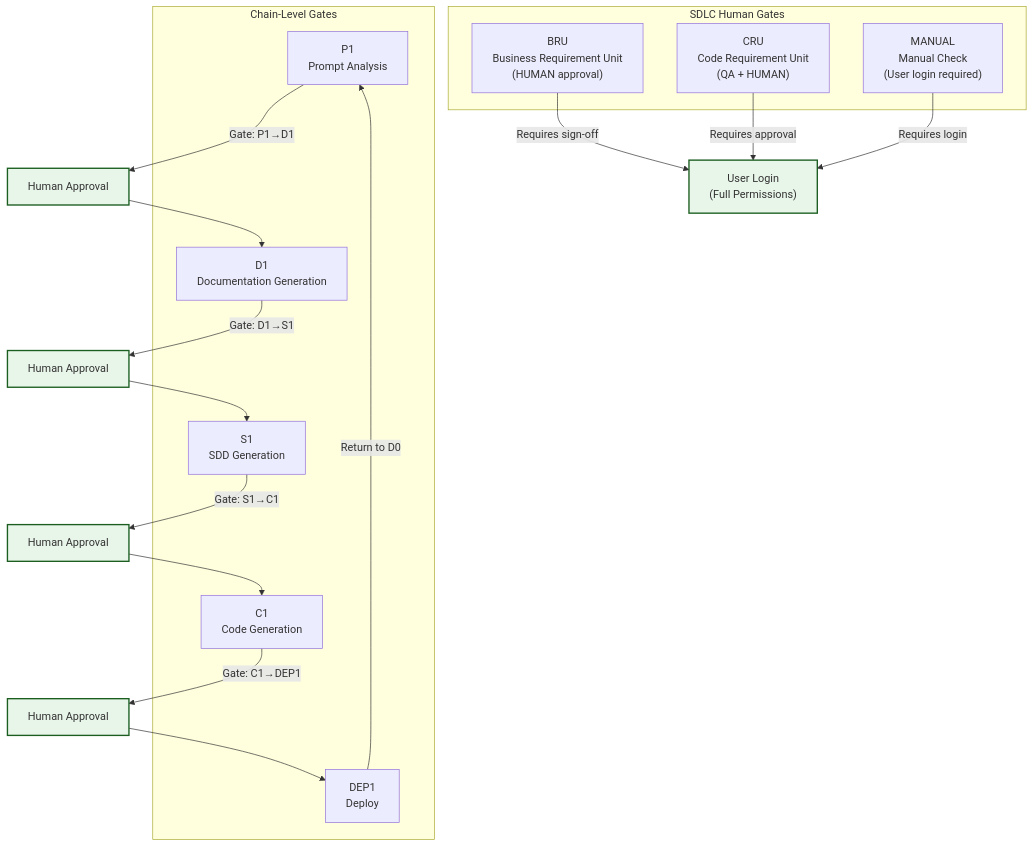
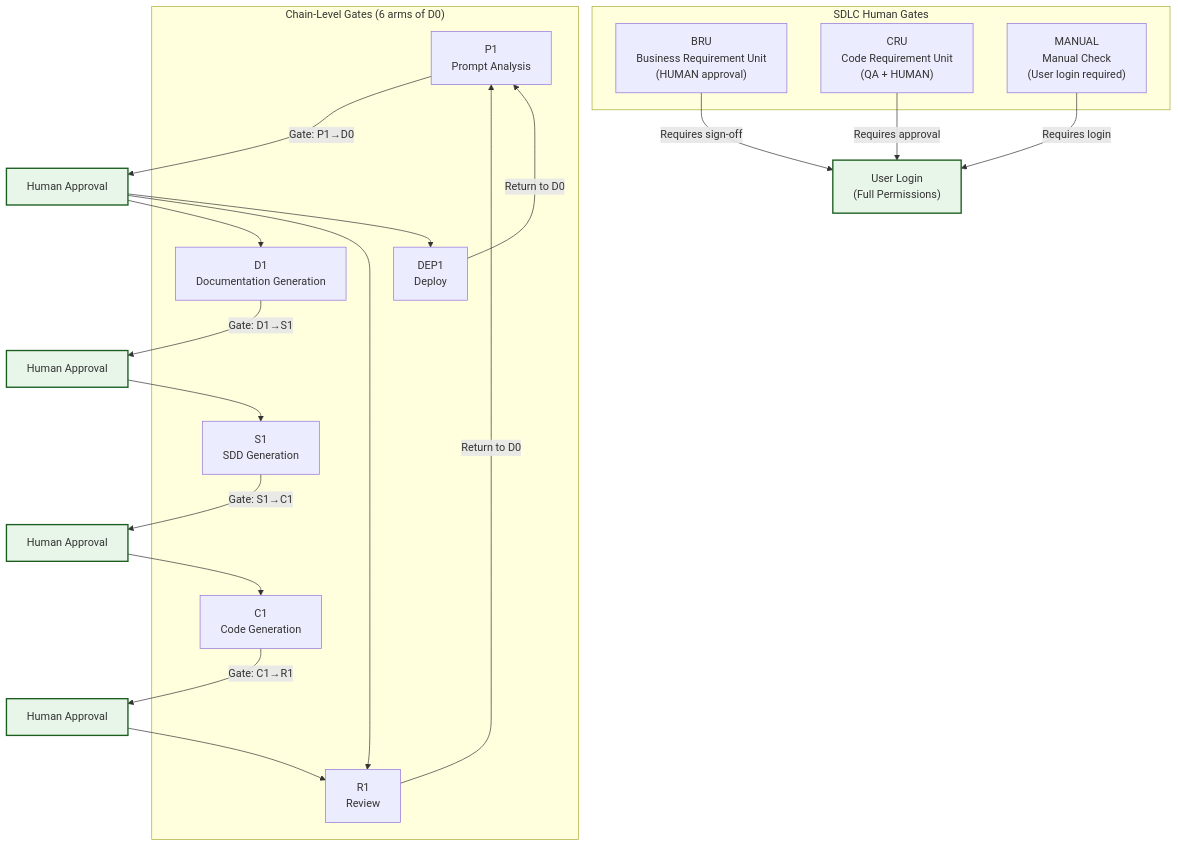
One commit to sdd-ra/sddra changed the fifth of 21 diagrams in README.md. Above: the diagram before and after it, drawn with Mermaid. The commit also changed other lines of this file, not shown here.

````diff
--- a/README.md
+++ b/README.md
@@ -211,45 +201,49 @@
 ```mermaid
 graph TB
-    subgraph "Chain-Level Gates"
+    subgraph "Chain-Level Gates (6 arms of D0)"
         P1["P1<br/>Prompt Analysis"]
         D1["D1<br/>Documentation Generation"]
         S1["S1<br/>SDD Generation"]
         C1["C1<br/>Code Generation"]
+        R1["R1<br/>Review"]
         DEP1["DEP1<br/>Deploy"]
     end
 
     subgraph "SDLC Human Gates"
         BRU_H["BRU<br/>Business Requirement Unit<br/>(HUMAN approval)"]
         CRU_H["CRU<br/>Code Requirement Unit<br/>(QA + HUMAN)"]
         MANUAL_H["MANUAL<br/>Manual Check<br/>(User login required)"]
     end
 
     USER1["Human Approval"]
     USER2["Human Approval"]
     USER3["Human Approval"]
     USER4["Human Approval"]
     USER5["User Login<br/>(Full Permissions)"]
 
-    P1 -->|"Gate: P1→D1"| USER1
+    P1 -->|"Gate: P1→D0"| USER1
     USER1 --> D1
+    USER1 --> R1
+    USER1 --> DEP1
 
     D1 -->|"Gate: D1→S1"| USER2
     USER2 --> S1
 
     S1 -->|"Gate: S1→C1"| USER3
     USER3 --> C1
 
-    C1 -->|"Gate: C1→DEP1"| USER4
-    USER4 --> DEP1
+    C1 -->|"Gate: C1→R1"| USER4
+    USER4 --> R1
 
+    R1 -->|Return to D0| P1
     DEP1 -->|Return to D0| P1
 
     BRU_H -->|"Requires sign-off"| USER5
     CRU_H -->|"Requires approval"| USER5
     MANUAL_H -->|"Requires login"| USER5
 
     classDef gate fill:#fff3e0,stroke:#e65100,stroke-width:2px;
     classDef human fill:#e8f5e9,stroke:#1b5e20,stroke-width:2px;
 
     class USER1,USER2,USER3,USER4,USER5 human
 ```
````
